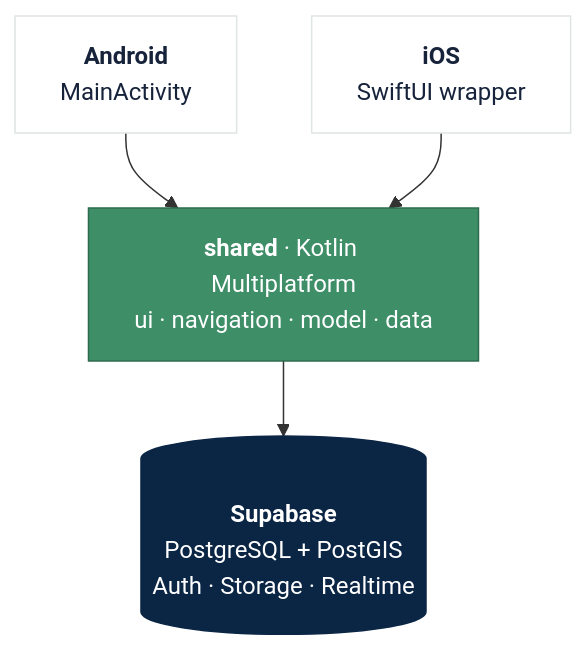
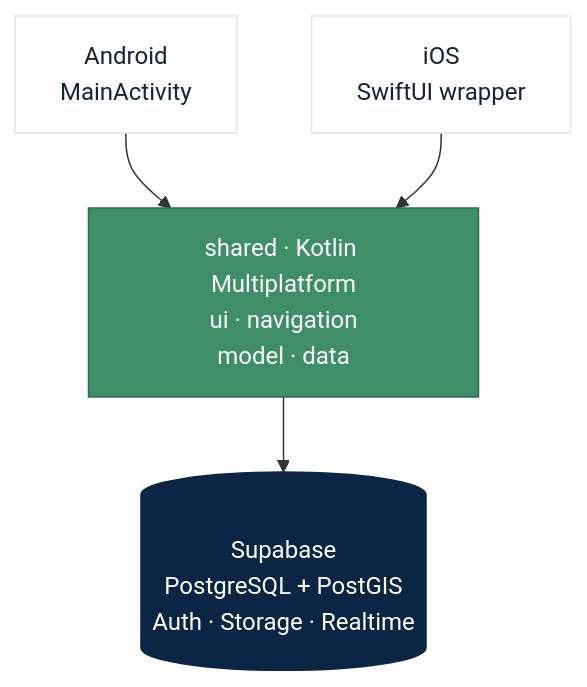
One commit to mircoprofico/FitMeet changed the diagram in README.md. Above: the diagram before and after it, drawn with Mermaid. The commit also changed other lines of this file and 1 other file, not shown here.

````diff
--- a/README.md
+++ b/README.md
@@ -45,14 +47,14 @@
 ```mermaid
 flowchart TD
-    A["<b>Android</b><br/>MainActivity"] --> S
-    I["<b>iOS</b><br/>SwiftUI wrapper"] --> S
-    S["<b>shared</b> · Kotlin Multiplatform<br/>ui · navigation · model · data"] --> D
-    D[("<b>Supabase</b><br/>PostgreSQL + PostGIS<br/>Auth · Storage · Realtime")]
+    A["Android<br/>MainActivity"] --> S
+    I["iOS<br/>SwiftUI wrapper"] --> S
+    S["shared · Kotlin Multiplatform<br/>ui · navigation<br/>model · data"] --> D
+    D[("Supabase<br/>PostgreSQL + PostGIS<br/>Auth · Storage · Realtime")]
 
     classDef app fill:#FFFFFF,stroke:#DEE5E2,stroke-width:1px,color:#16233A
     classDef shared fill:#3E8E68,stroke:#2E6B4E,stroke-width:1px,color:#FFFFFF
     classDef db fill:#0B2545,stroke:#0B2545,stroke-width:1px,color:#FFFFFF
     class A,I app
     class S shared
     class D db
 ```
````
